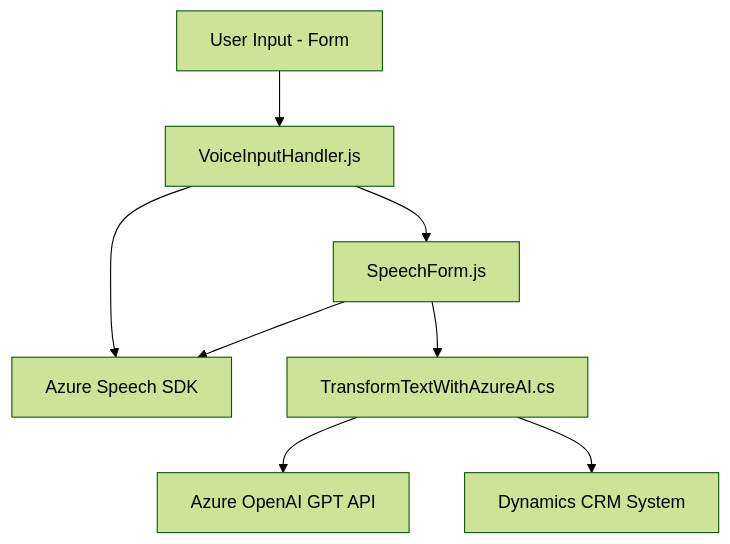
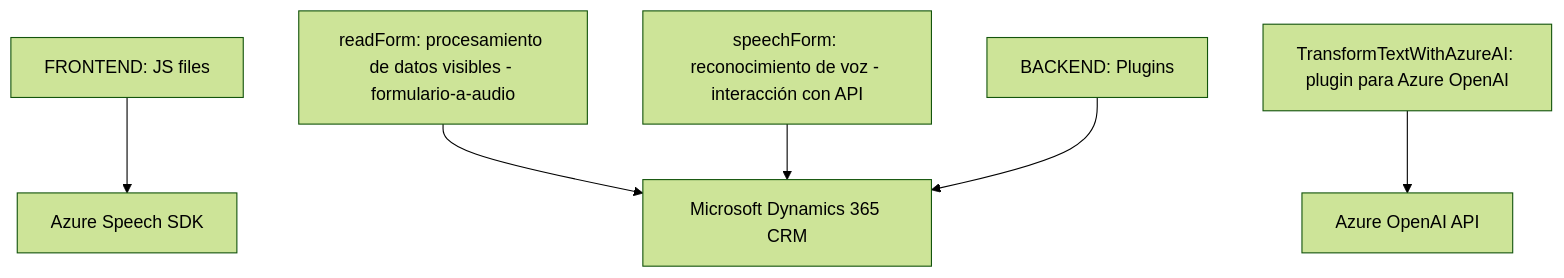
The diagram in README.md (blopezdm/NETCORE_BILBAO2025), drawn with Mermaid (forest theme) before and after one commit. The commit also changed other lines of this file, not shown here.

Commit message:
Actualizar análisis global de la solución con IA

````diff
--- a/README.md
+++ b/README.md
@@ -30,18 +44,19 @@
 ```mermaid
 graph TD
-  A["User Input - Form"]
-  B["VoiceInputHandler.js"]
-  C["SpeechForm.js"]
-  D["Azure Speech SDK"]
-  E["TransformTextWithAzureAI.cs"]
-  F["Azure OpenAI GPT API"]
-  G["Dynamics CRM System"]
-
-  A --> B
-  B --> D
-  B --> C
-  C --> D
-  C --> E
-  E --> F
-  E --> G
+    AzureSpeechSDK["Azure Speech SDK"]
+    AzureOpenAI["Azure OpenAI API"]
+    
+    Dynamics365["Microsoft Dynamics 365 CRM"]
+    Frontend["FRONTEND: JS files"]
+    Backend["BACKEND: Plugins"]
+    
+    FrontendJS1["readForm: procesamiento de datos visibles - formulario-a-audio"]
+    FrontendJS2["speechForm: reconocimiento de voz - interacción con API"]
+    BackendPlugin1["TransformTextWithAzureAI: plugin para Azure OpenAI"]
+    
+    Frontend --> AzureSpeechSDK
+    FrontendJS1 --> Dynamics365
+    FrontendJS2 --> Dynamics365
+    BackendPlugin1 --> AzureOpenAI
+    Backend --> Dynamics365
 ```
````
